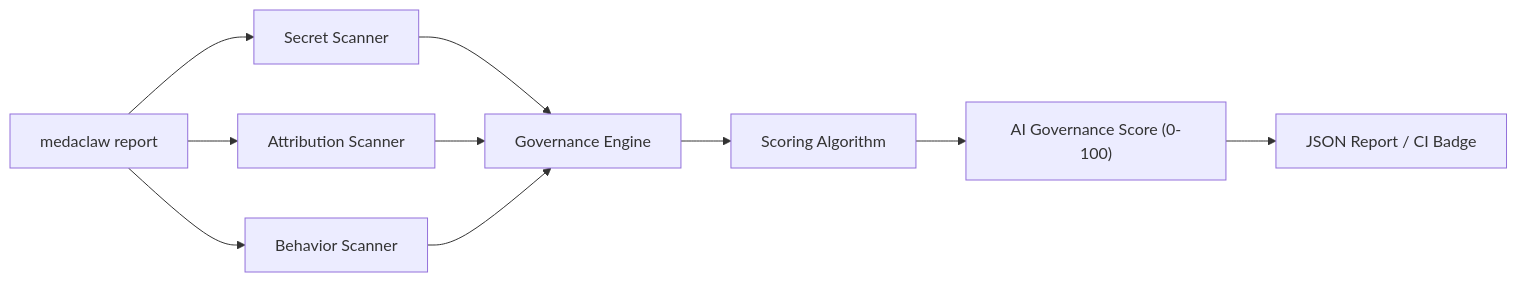
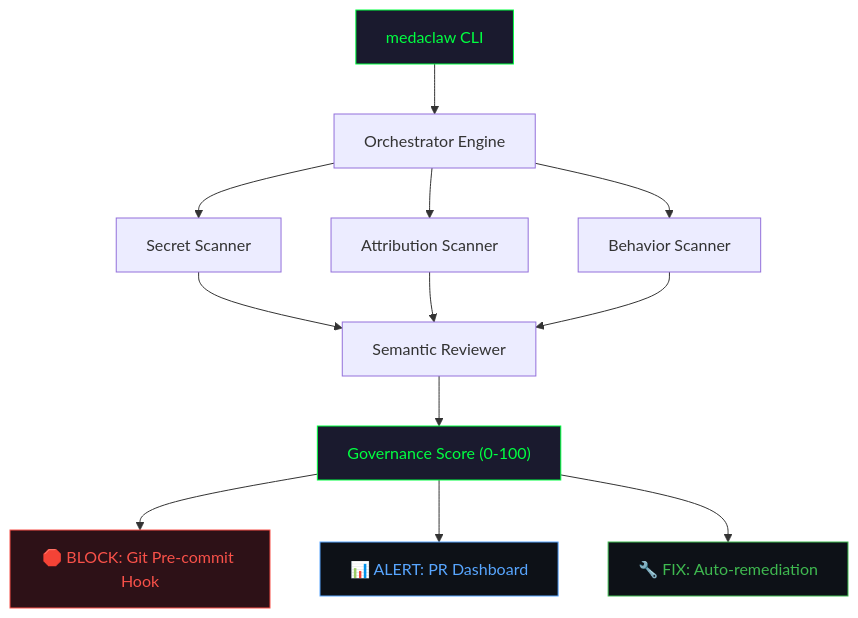
Before and after one commit to VMaroon95/meda-claw: the diagram in README.md, drawn with Mermaid. The commit also changed other lines of this file and 2 other files, not shown here.

````diff
--- a/README.md
+++ b/README.md
@@ -18,12 +20,20 @@
 ```mermaid
-graph LR
-    A[medaclaw report] --> B[Secret Scanner]
-    A --> C[Attribution Scanner]
-    A --> D[Behavior Scanner]
-    B --> E[Governance Engine]
-    C --> E
-    D --> E
-    E --> F[Scoring Algorithm]
-    F --> G["AI Governance Score (0-100)"]
-    G --> H[JSON Report / CI Badge]
+graph TD
+    A[medaclaw CLI] --> B[Orchestrator Engine]
+    B --> C[Secret Scanner]
+    B --> D[Attribution Scanner]
+    B --> E[Behavior Scanner]
+    C --> F[Semantic Reviewer]
+    D --> F
+    E --> F
+    F --> G["Governance Score (0-100)"]
+    G --> H["🛑 BLOCK: Git Pre-commit Hook"]
+    G --> I["📊 ALERT: PR Dashboard"]
+    G --> J["🔧 FIX: Auto-remediation"]
+
+    style A fill:#1a1a2e,stroke:#00ff41,color:#00ff41
+    style G fill:#1a1a2e,stroke:#00ff41,color:#00ff41
+    style H fill:#2d1117,stroke:#f85149,color:#f85149
+    style I fill:#0d1117,stroke:#58a6ff,color:#58a6ff
+    style J fill:#0d1117,stroke:#3fb950,color:#3fb950
 ```
````
